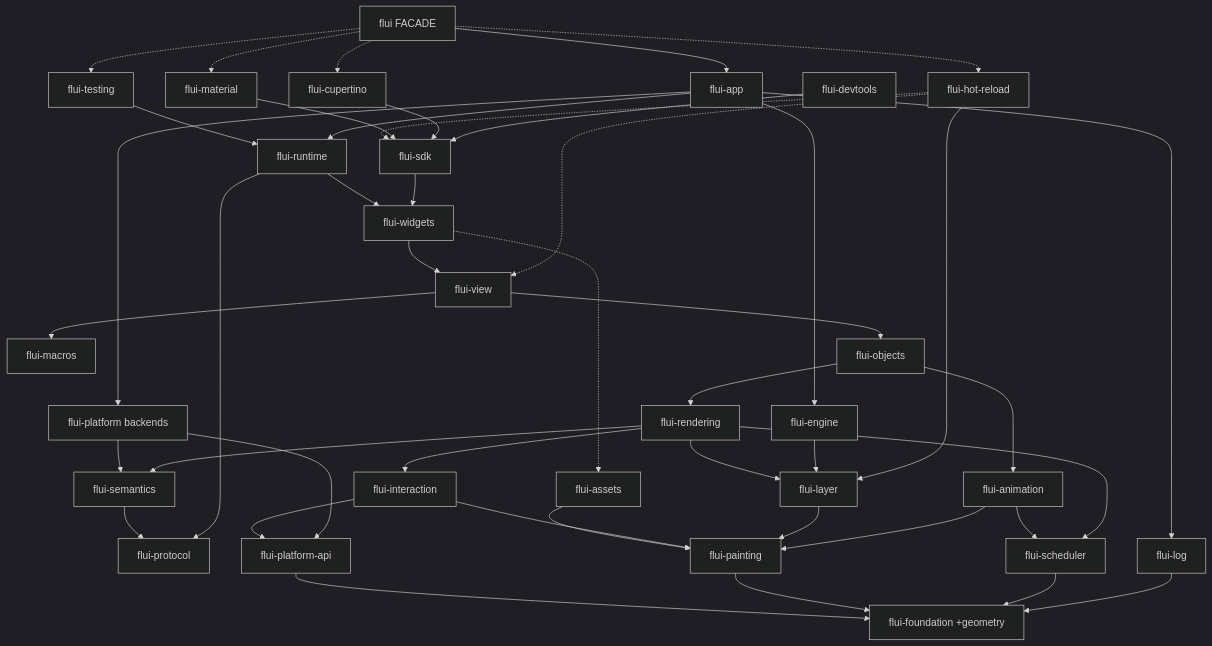
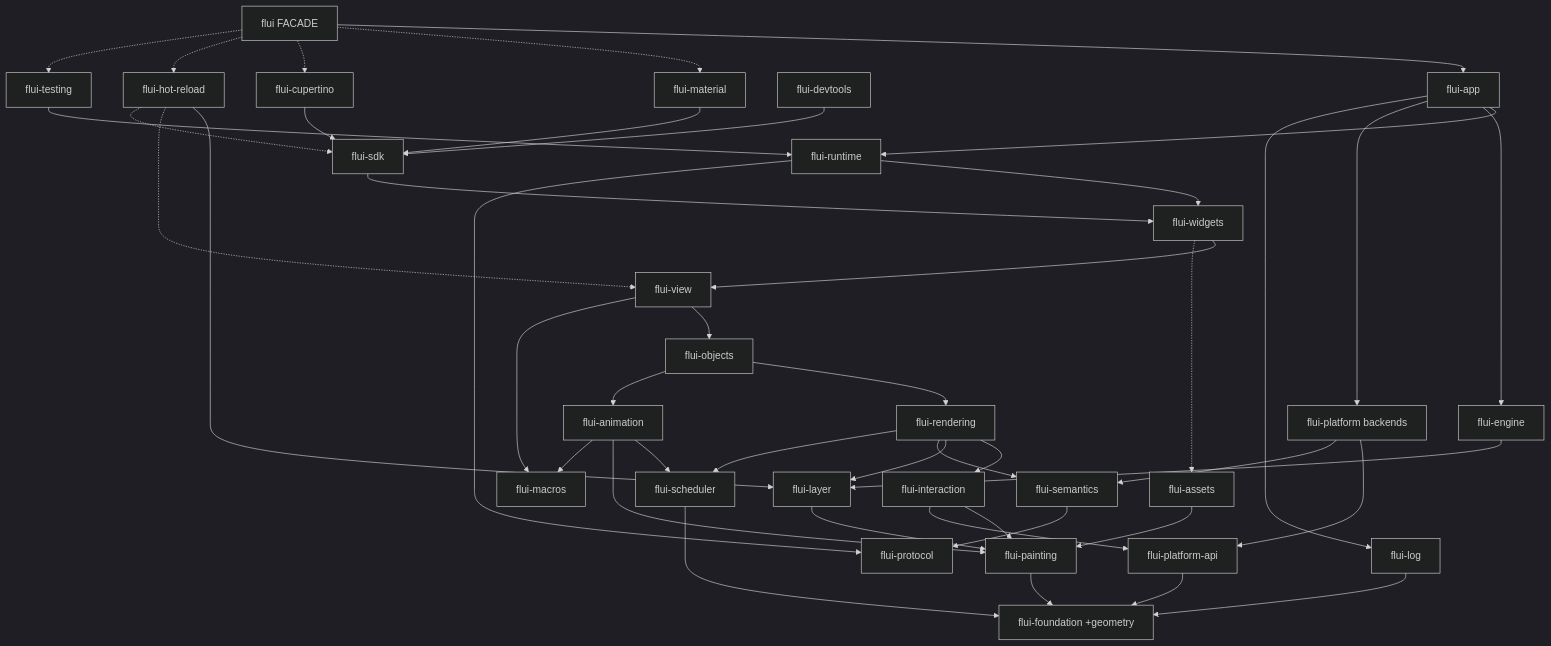
The diagram in docs/FOUNDATIONS.md (vanyastaff/flui), drawn with Mermaid (dark theme) before and after one commit. The commit also changed 1 other file, not shown here.

Commit message:
docs: address review: only plain slab ids are slot + 1; animation -> macros edge

````diff
--- a/docs/FOUNDATIONS.md
+++ b/docs/FOUNDATIONS.md
@@ -166,74 +166,75 @@
 ```mermaid
 graph TD
     foundation[flui-foundation +geometry]
     macros[flui-macros]
     protocol[flui-protocol]
     platformapi[flui-platform-api]
     log[flui-log]
     scheduler[flui-scheduler]
     painting[flui-painting]
     interaction[flui-interaction]
     assets[flui-assets]
     semantics[flui-semantics]
     layer[flui-layer]
     animation[flui-animation]
     platform[flui-platform backends]
     rendering[flui-rendering]
     objects[flui-objects]
     engine[flui-engine]
     view[flui-view]
     widgets[flui-widgets]
     runtime[flui-runtime]
     sdk[flui-sdk]
     testing[flui-testing]
     hotreload[flui-hot-reload]
     material[flui-material]
     cupertino[flui-cupertino]
     devtools[flui-devtools]
     app[flui-app]
     facade[flui FACADE]
 
     platformapi --> foundation
     painting --> foundation
     scheduler --> foundation
     log --> foundation
     assets --> painting
     interaction --> painting
     interaction --> platformapi
     semantics --> protocol
     layer --> painting
     animation --> scheduler
     animation --> painting
+    animation --> macros
     platform --> platformapi
     platform --> semantics
     rendering --> interaction
     rendering --> layer
     rendering --> semantics
     rendering --> scheduler
     objects --> rendering
     objects --> animation
     engine --> layer
     view --> objects
     view --> macros
     widgets --> view
     widgets -.-> assets
     runtime --> widgets
     runtime --> protocol
     sdk --> widgets
     testing --> runtime
     hotreload --> layer
     hotreload -.-> view
     hotreload -.-> sdk
     material --> sdk
     cupertino --> sdk
     devtools --> sdk
     app --> runtime
     app --> engine
     app --> platform
     app --> log
     facade --> app
     facade -.-> material
     facade -.-> cupertino
     facade -.-> hotreload
     facade -.-> testing
 ```
````
